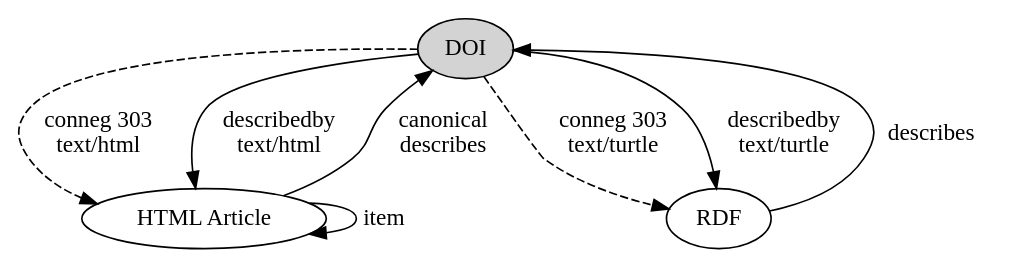
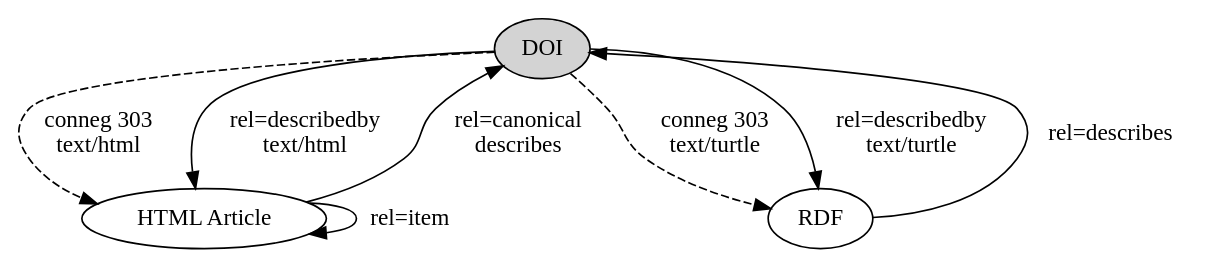
Before and after one commit to zimeon/signposting: the diagram in dlib_article.dot, drawn with Graphviz. The commit also changed 11 other files, not shown here.

Commit message:
Improve link/graph formatting

```diff
--- a/dlib_article.dot
+++ b/dlib_article.dot
@@ -1,10 +1,10 @@
 digraph DLIB {
   DOI [ style=filled ]
   DOI -> "HTML Article" [ style=dashed, label="conneg 303\ntext/html" ]
-  DOI -> "HTML Article" [ label="describedby\ntext/html" ]
+  DOI -> "HTML Article" [ label="rel=describedby\ntext/html" ]
   DOI -> RDF [ style=dashed, label="conneg 303\ntext/turtle" ]
-  DOI -> RDF [ label="describedby\ntext/turtle" ]
-  "HTML Article" -> DOI [ label="canonical\ndescribes" ]
-  RDF -> DOI [ label="describes" ]
-  "HTML Article" -> "HTML Article"  [ label="item" ]
+  DOI -> RDF [ label="rel=describedby\ntext/turtle" ]
+  "HTML Article" -> DOI [ label="rel=canonical\ndescribes" ]
+  RDF -> DOI [ label="rel=describes" ]
+  "HTML Article" -> "HTML Article"  [ label="rel=item" ]
 }
```
